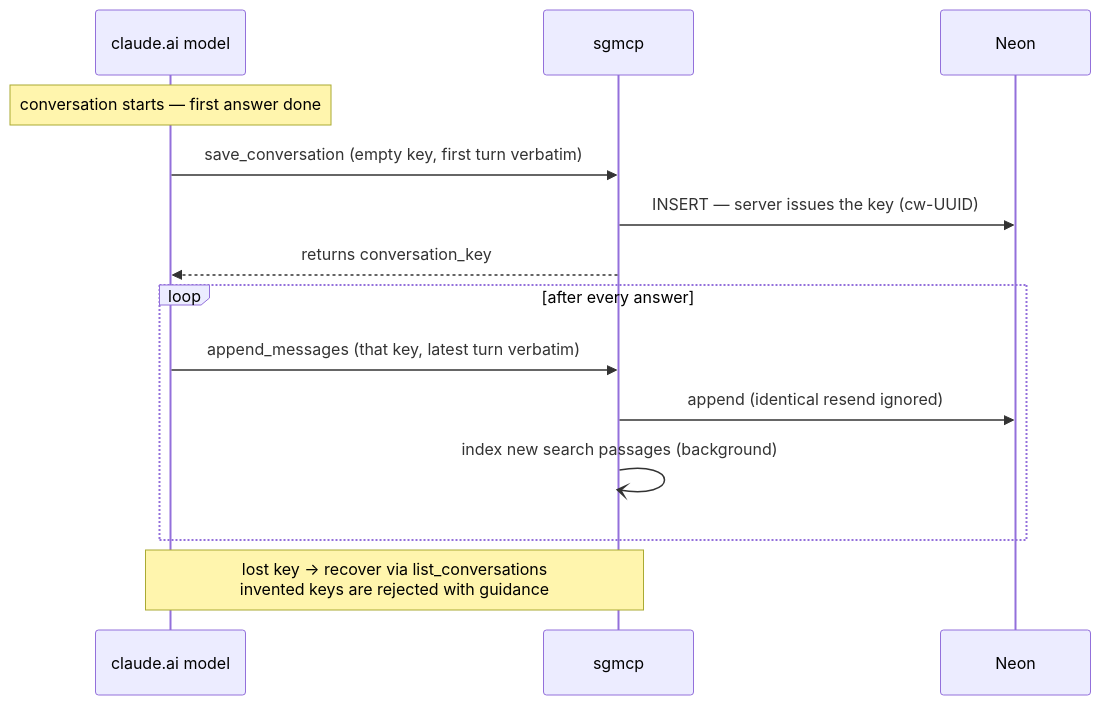
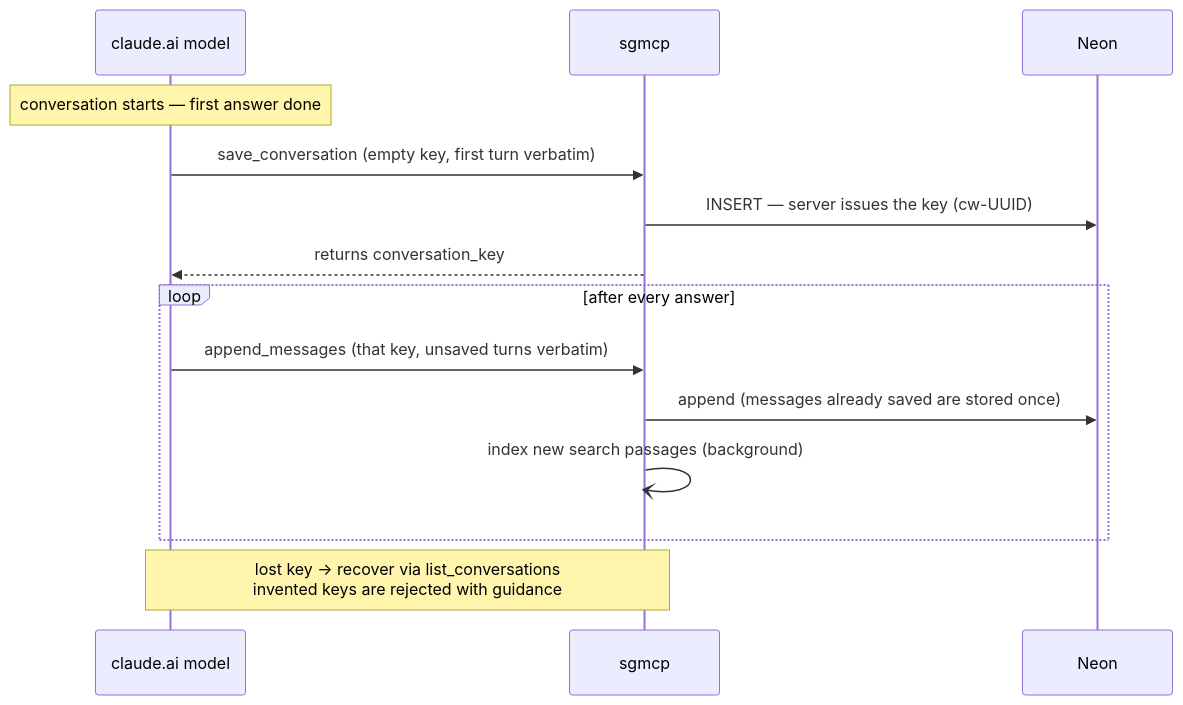
The second of 4 diagrams in ARCHITECTURE.md (seung-gu/sgmcp), drawn with Mermaid before and after one commit. The commit also changed other lines of this file and 5 other files, not shown here.

````diff
--- a/ARCHITECTURE.md
+++ b/ARCHITECTURE.md
@@ -54,19 +54,19 @@
 ```mermaid
 sequenceDiagram
     participant F as claude.ai model
     participant S as sgmcp
     participant DB as Neon
 
     Note over F: conversation starts — first answer done
     F->>S: save_conversation (empty key, first turn verbatim)
     S->>DB: INSERT — server issues the key (cw-UUID)
     S-->>F: returns conversation_key
 
     loop after every answer
-        F->>S: append_messages (that key, latest turn verbatim)
-        S->>DB: append (identical resend ignored)
+        F->>S: append_messages (that key, unsaved turns verbatim)
+        S->>DB: append (messages already saved are stored once)
         S-)S: index new search passages (background)
     end
 
     Note over F,S: lost key → recover via list_conversations<br/>invented keys are rejected with guidance
 ```
````
